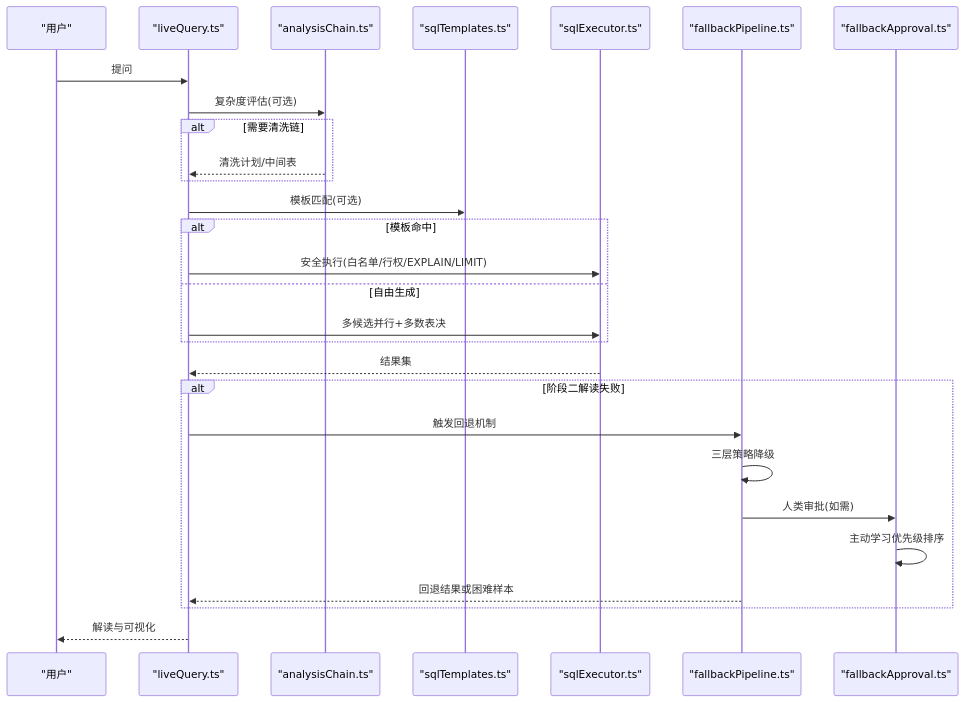
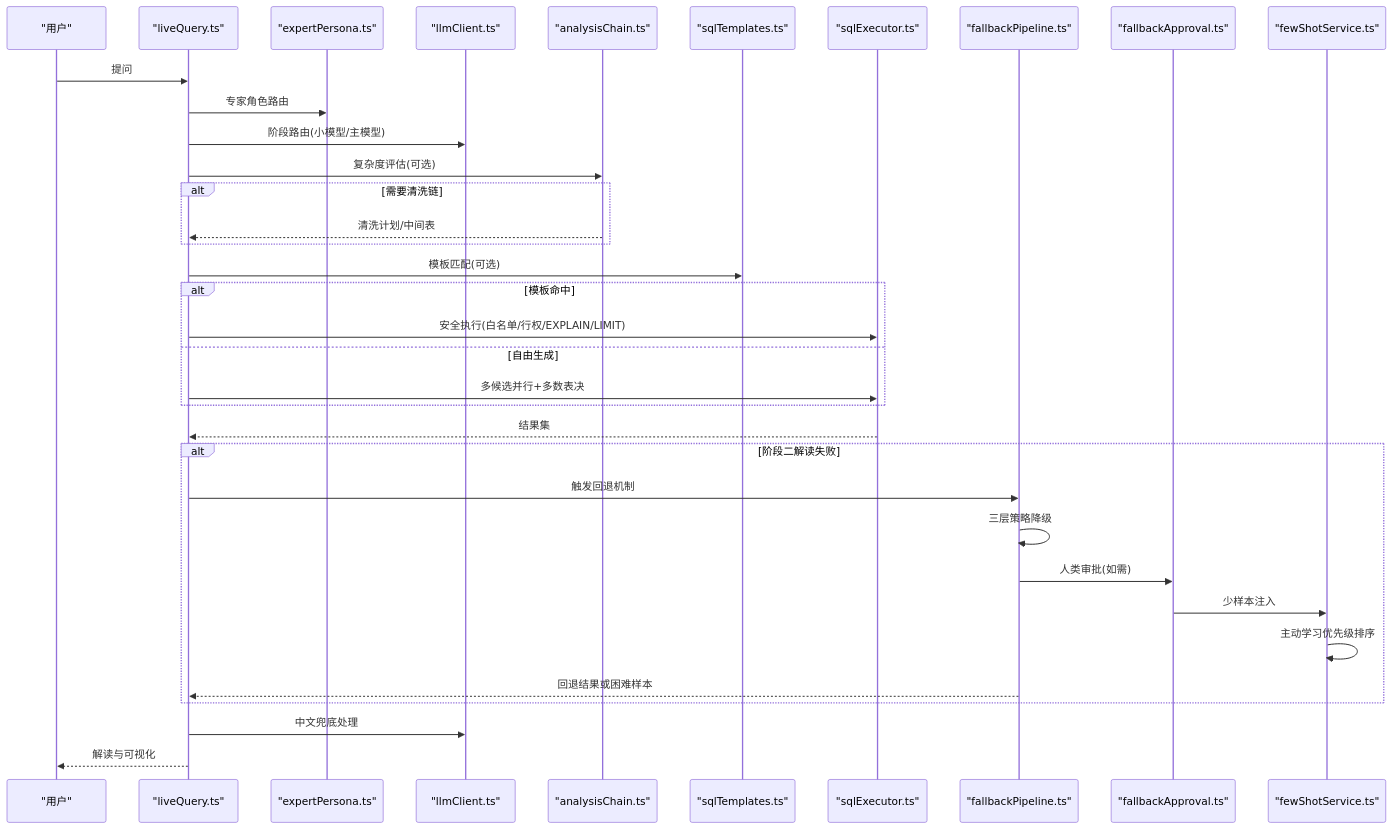
Diagram 15 of 16 in .qoder/repowiki/zh/content/系统架构/核心组件详解/查询处理引擎/查询处理引擎.md (dgjin/smart-data-analytics), drawn with Mermaid before and after one commit. The commit also changed other lines of this file and 100 other files, not shown here.

````diff
--- a/.qoder/repowiki/zh/content/系统架构/核心组件详解/查询处理引擎/查询处理引擎.md
+++ b/.qoder/repowiki/zh/content/系统架构/核心组件详解/查询处理引擎/查询处理引擎.md
@@ -538,30 +749,37 @@
 ```mermaid
 sequenceDiagram
 participant U as "用户"
 participant LQ as "liveQuery.ts"
+participant EP as "expertPersona.ts"
+participant LR as "llmClient.ts"
 participant CH as "analysisChain.ts"
 participant T as "sqlTemplates.ts"
 participant SE as "sqlExecutor.ts"
 participant FB as "fallbackPipeline.ts"
 participant FA as "fallbackApproval.ts"
+participant FS as "fewShotService.ts"
 U->>LQ : 提问
+LQ->>EP : 专家角色路由
+LQ->>LR : 阶段路由(小模型/主模型)
 LQ->>CH : 复杂度评估(可选)
 alt 需要清洗链
 CH-->>LQ : 清洗计划/中间表
 end
 LQ->>T : 模板匹配(可选)
 alt 模板命中
 LQ->>SE : 安全执行(白名单/行权/EXPLAIN/LIMIT)
 else 自由生成
 LQ->>SE : 多候选并行+多数表决
 end
 SE-->>LQ : 结果集
 alt 阶段二解读失败
 LQ->>FB : 触发回退机制
 FB->>FB : 三层策略降级
 FB->>FA : 人类审批(如需)
-FA->>FA : 主动学习优先级排序
+FA->>FS : 少样本注入
+FS->>FS : 主动学习优先级排序
 FB-->>LQ : 回退结果或困难样本
 end
+LQ->>LR : 中文兜底处理
 LQ-->>U : 解读与可视化
 ```
````
